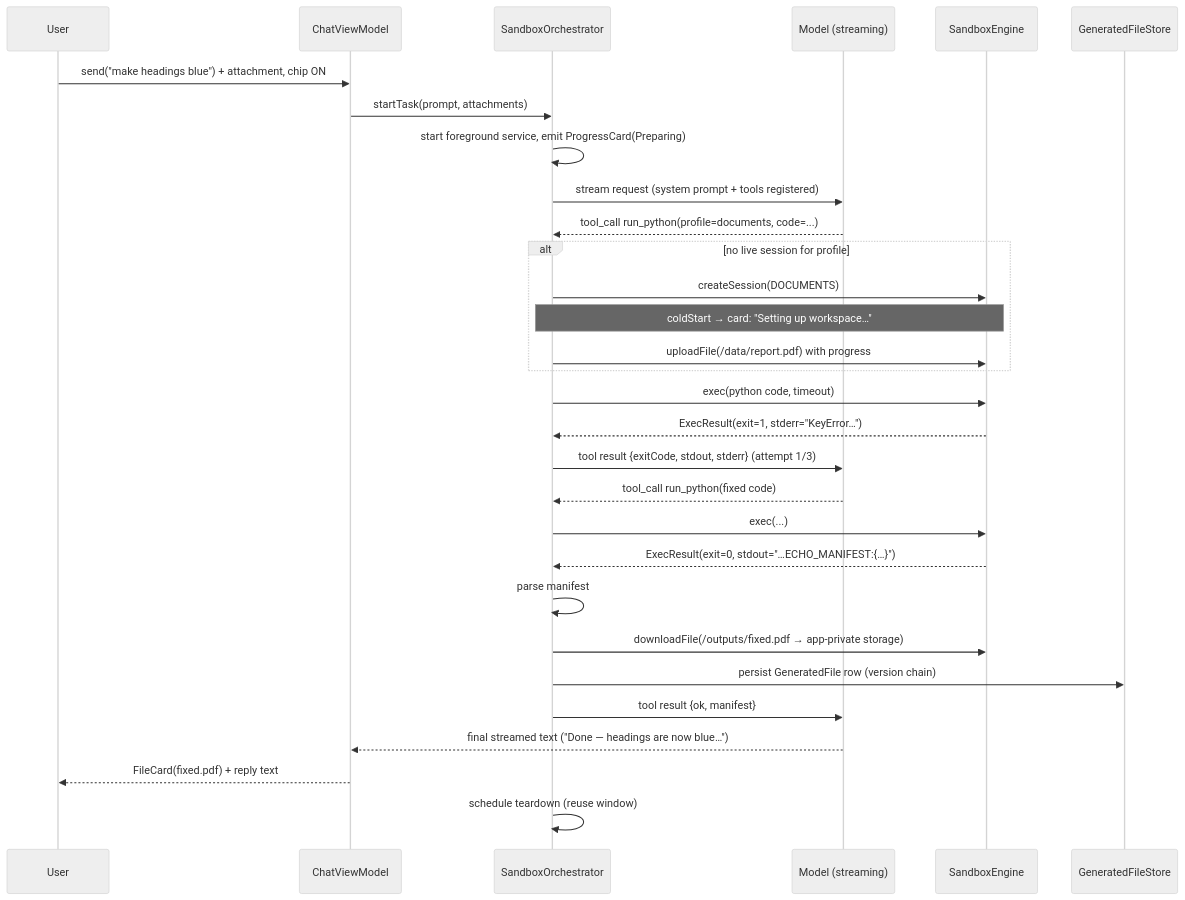
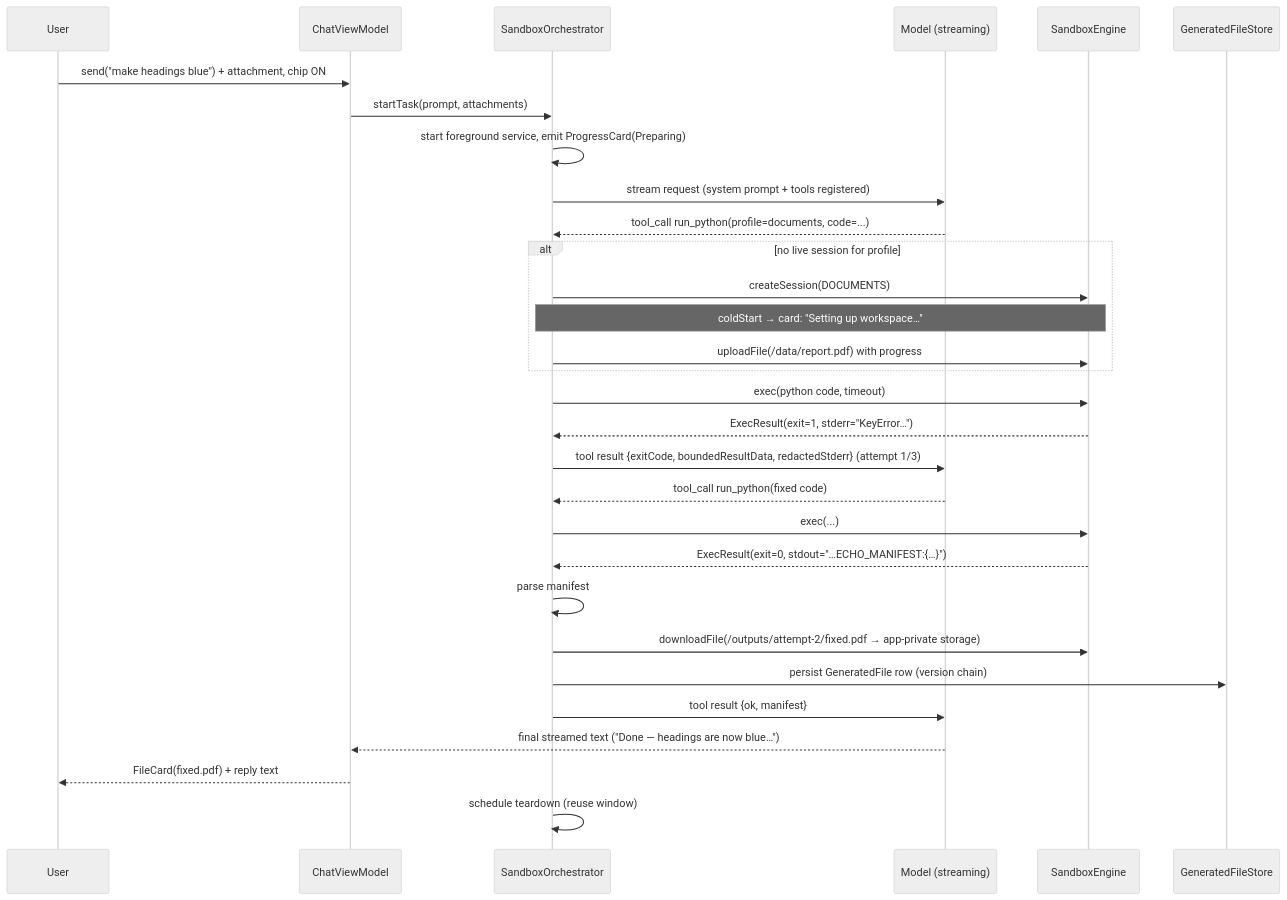
The third of 6 diagrams in docs/sandbox-feature.md (adityavardhansharma/EchoFlow), drawn with Mermaid (neutral theme) before and after one commit. The commit also changed other lines of this file, not shown here.

````diff
--- a/docs/sandbox-feature.md
+++ b/docs/sandbox-feature.md
@@ -333,33 +363,33 @@
 ```mermaid
 sequenceDiagram
     participant U as User
     participant VM as ChatViewModel
     participant O as SandboxOrchestrator
     participant M as Model (streaming)
     participant S as SandboxEngine
     participant St as GeneratedFileStore
 
     U->>VM: send("make headings blue") + attachment, chip ON
     VM->>O: startTask(prompt, attachments)
     O->>O: start foreground service, emit ProgressCard(Preparing)
     O->>M: stream request (system prompt + tools registered)
     M-->>O: tool_call run_python(profile=documents, code=...)
     alt no live session for profile
         O->>S: createSession(DOCUMENTS)
         Note over O,S: coldStart → card: "Setting up workspace…"
         O->>S: uploadFile(/data/report.pdf) with progress
     end
     O->>S: exec(python code, timeout)
     S-->>O: ExecResult(exit=1, stderr="KeyError…")
-    O->>M: tool result {exitCode, stdout, stderr}  (attempt 1/3)
+    O->>M: tool result {exitCode, boundedResultData, redactedStderr}  (attempt 1/3)
     M-->>O: tool_call run_python(fixed code)
     O->>S: exec(...)
     S-->>O: ExecResult(exit=0, stdout="…ECHO_MANIFEST:{…}")
     O->>O: parse manifest
-    O->>S: downloadFile(/outputs/fixed.pdf → app-private storage)
+    O->>S: downloadFile(/outputs/attempt-2/fixed.pdf → app-private storage)
     O->>St: persist GeneratedFile row (version chain)
     O->>M: tool result {ok, manifest}
     M-->>VM: final streamed text ("Done — headings are now blue…")
     VM-->>U: FileCard(fixed.pdf) + reply text
     O->>O: schedule teardown (reuse window)
 ```
````
